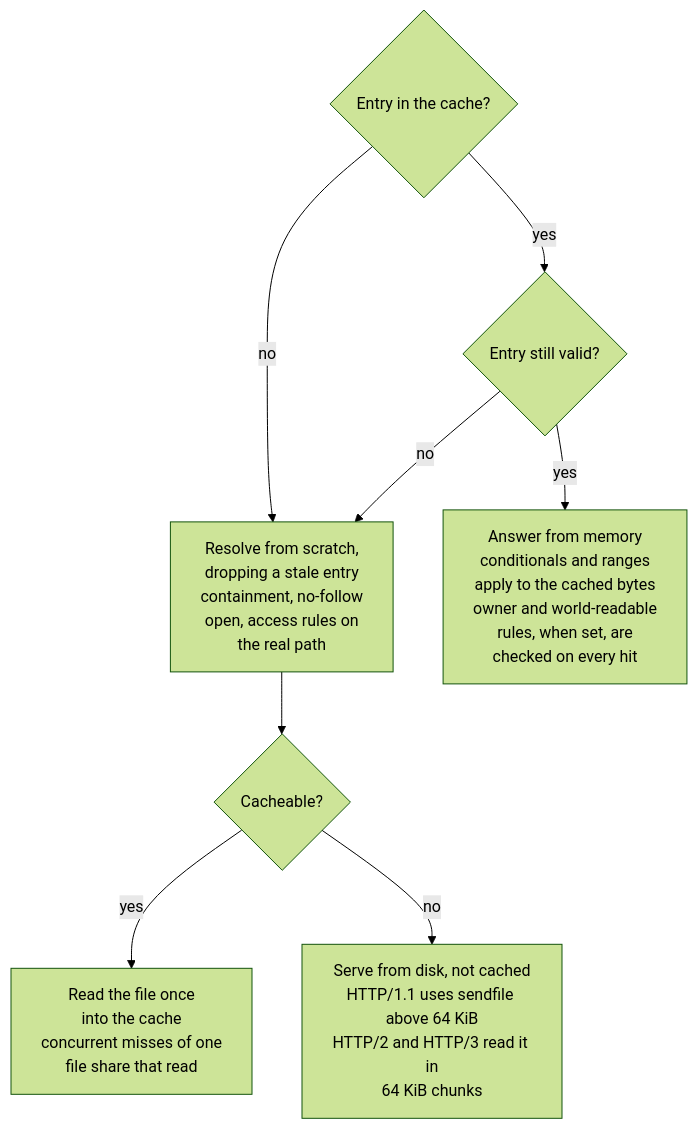
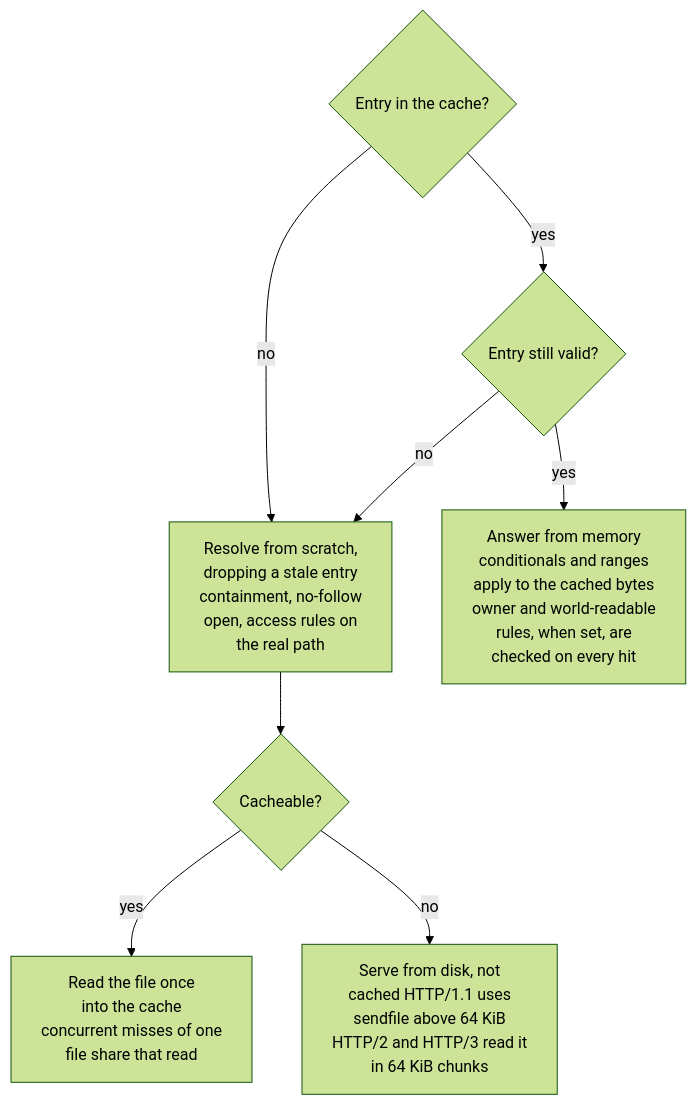
One commit to BlivionIaG/sjws_nettask changed the first of 2 diagrams in docs/user/caching-and-ranges.md. Above: the diagram before and after it, drawn with Mermaid (forest theme). The commit also changed 8 other files, not shown here.

First line of the commit message:
docs: re-wrap long diagram labels so words do not orphan

````diff
--- a/docs/user/caching-and-ranges.md
+++ b/docs/user/caching-and-ranges.md
@@ -6,10 +6,10 @@
 ```mermaid
 flowchart TD
     k{"Entry in the cache?"} -->|yes| v{"Entry still valid?"}
     k -->|no| r
     v -->|yes| hit["Answer from memory<br/>conditionals and ranges<br/>apply to the cached bytes<br/>owner and world-readable<br/>rules, when set, are<br/>checked on every hit"]
     v -->|no| r["Resolve from scratch,<br/>dropping a stale entry<br/>containment, no-follow<br/>open, access rules on<br/>the real path"]
     r --> f{"Cacheable?"}
     f -->|yes| l["Read the file once<br/>into the cache<br/>concurrent misses of one<br/>file share that read"]
-    f -->|no| s["Serve from disk, not cached<br/>HTTP/1.1 uses sendfile above 64 KiB<br/>HTTP/2 and HTTP/3 read it in<br/>64 KiB chunks"]
+    f -->|no| s["Serve from disk, not<br/>cached HTTP/1.1 uses<br/>sendfile above 64 KiB<br/>HTTP/2 and HTTP/3 read it<br/>in 64 KiB chunks"]
 ```
````
